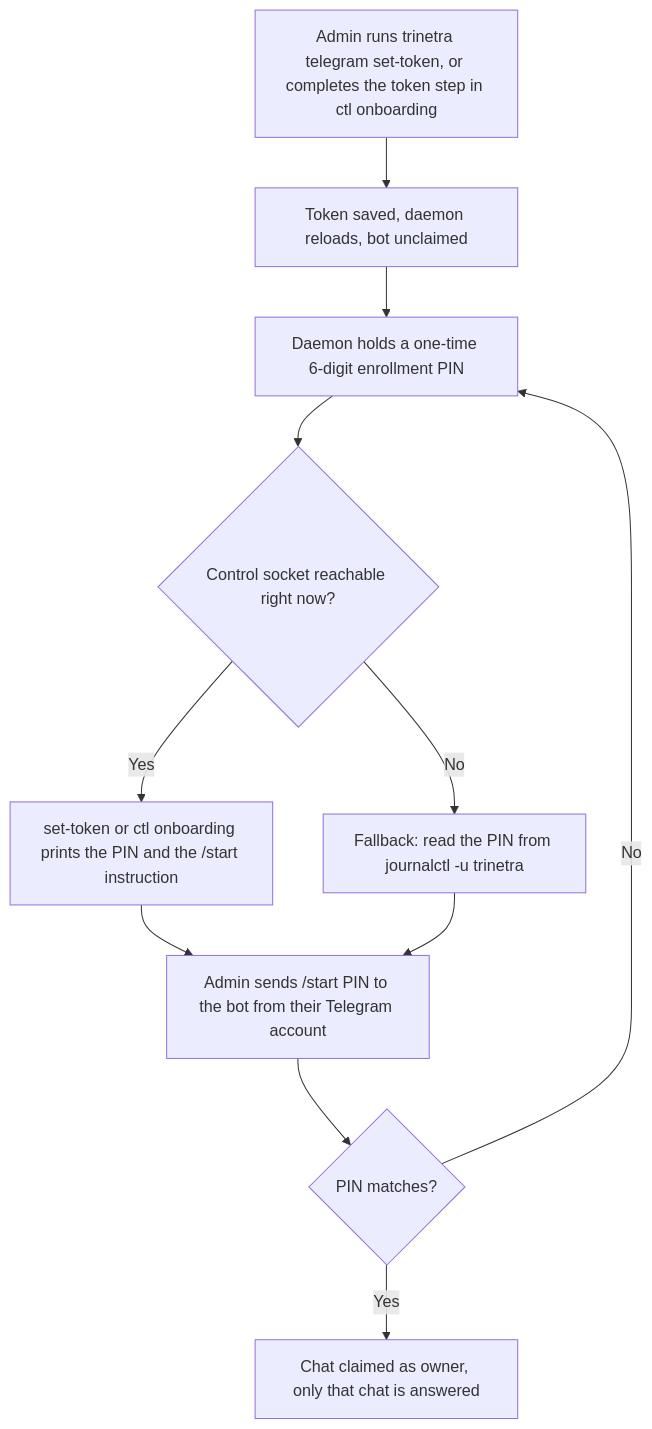
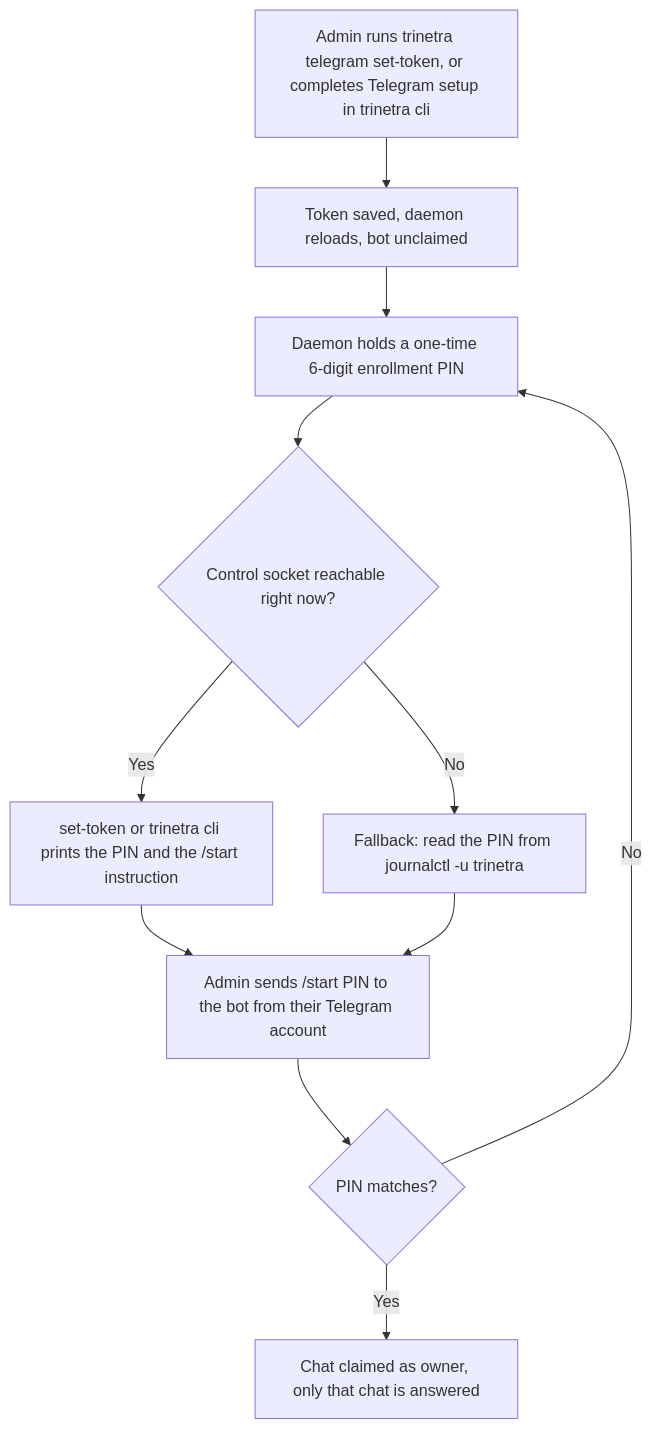
One commit to InfoDiveLabs/trinetra changed the diagram in docs/handbook/03-installation.md. Above: the diagram before and after it, drawn with Mermaid. The commit also changed other lines of this file and 6 other files, not shown here.

Commit message:
docs: Telegram is optional; guided first run and trinetra users

````diff
--- a/docs/handbook/03-installation.md
+++ b/docs/handbook/03-installation.md
@@ -538,13 +571,13 @@
 ```mermaid
 flowchart TD
-  a[Admin runs trinetra telegram set-token, or completes the token step in ctl onboarding] --> b[Token saved, daemon reloads, bot unclaimed]
+  a[Admin runs trinetra telegram set-token, or completes Telegram setup in trinetra cli] --> b[Token saved, daemon reloads, bot unclaimed]
   b --> c[Daemon holds a one-time 6-digit enrollment PIN]
   c --> d{Control socket reachable right now?}
-  d -->|Yes| e[set-token or ctl onboarding prints the PIN and the /start instruction]
+  d -->|Yes| e[set-token or trinetra cli prints the PIN and the /start instruction]
   d -->|No| f[Fallback: read the PIN from journalctl -u trinetra]
   e --> g[Admin sends /start PIN to the bot from their Telegram account]
   f --> g
   g --> h{PIN matches?}
   h -->|Yes| i[Chat claimed as owner, only that chat is answered]
   h -->|No| c
 ```
````
